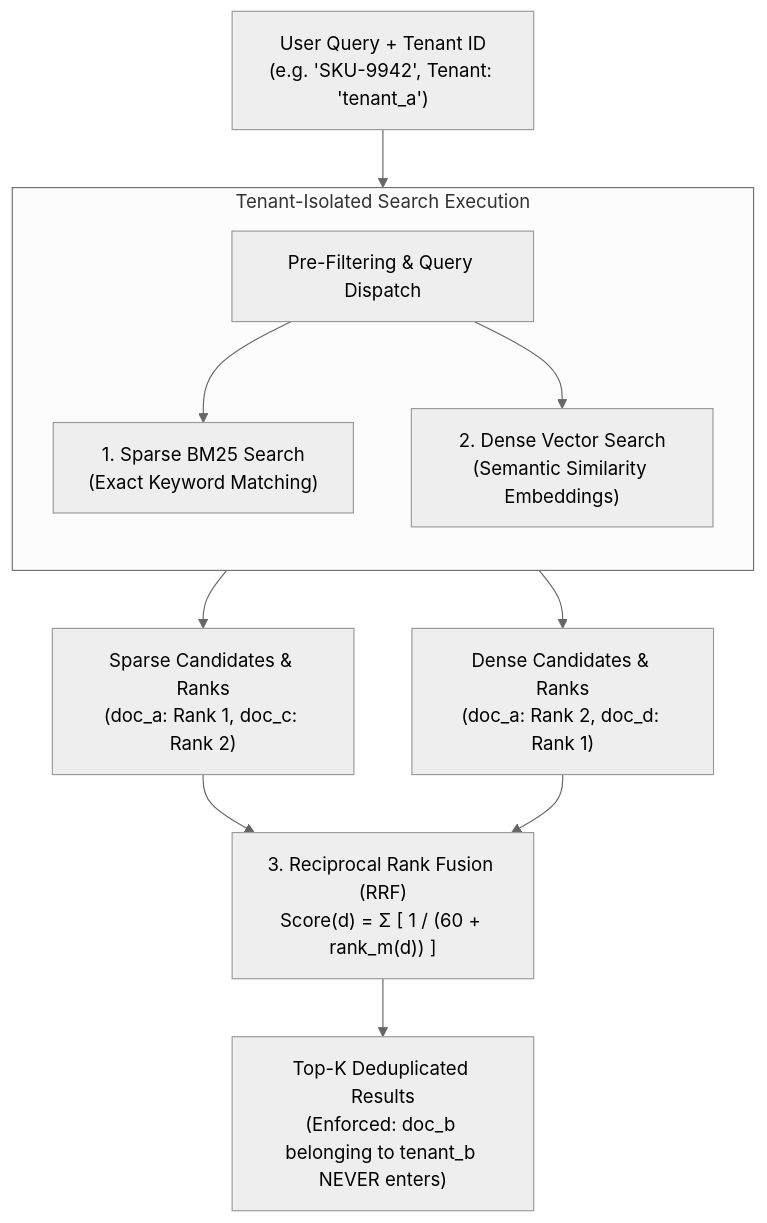
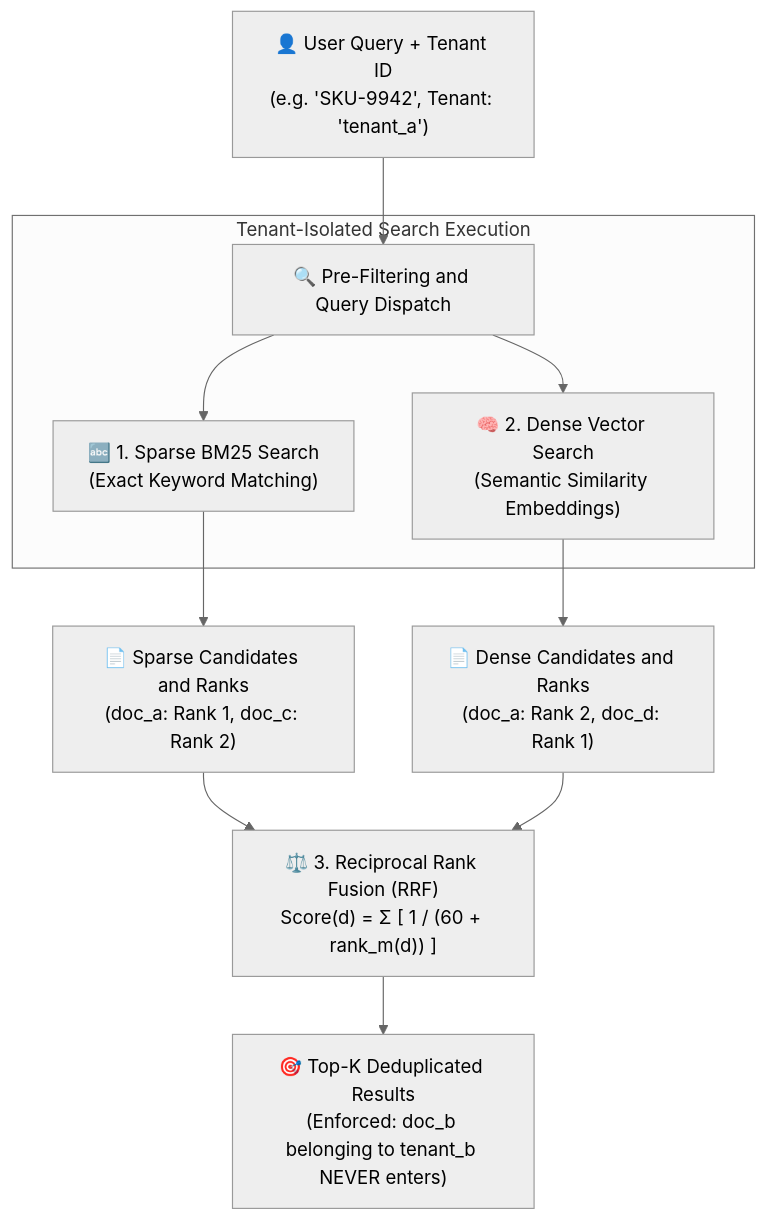
Before and after one commit to dip4k/senior-engineer-to-ai-engineer-roadmap: the diagram in labs/lab-01-multi-tenant-hybrid-rag.md, drawn with Mermaid (neutral theme). The commit also changed other lines of this file and 94 other files, not shown here.

Commit message:
refactor(curriculum): complete Phase 04 upgrade and enforce diagram renderer invariants

````diff
--- a/labs/lab-01-multi-tenant-hybrid-rag.md
+++ b/labs/lab-01-multi-tenant-hybrid-rag.md
@@ -17,18 +19,17 @@
 ```mermaid
 flowchart TD
-    UserQuery["User Query + Tenant ID<br>(e.g. 'SKU-9942', Tenant: 'tenant_a')"] --> Ingestion["Pre-Filtering & Query Dispatch"]
+    UserQuery["👤 User Query + Tenant ID<br>(e.g. 'SKU-9942', Tenant: 'tenant_a')"] --> Ingestion["🔍 Pre-Filtering and Query Dispatch"]
     
     subgraph IsolatedSearch["Tenant-Isolated Search Execution"]
-        direction TB
-        Ingestion --> SparseSearch["1. Sparse BM25 Search<br>(Exact Keyword Matching)"]
-        Ingestion --> DenseSearch["2. Dense Vector Search<br>(Semantic Similarity Embeddings)"]
+        Ingestion --> SparseSearch["🔤 1. Sparse BM25 Search<br>(Exact Keyword Matching)"]
+        Ingestion --> DenseSearch["🧠 2. Dense Vector Search<br>(Semantic Similarity Embeddings)"]
     end
     
-    SparseSearch --> SparseRanks["Sparse Candidates & Ranks<br>(doc_a: Rank 1, doc_c: Rank 2)"]
-    DenseSearch --> DenseRanks["Dense Candidates & Ranks<br>(doc_a: Rank 2, doc_d: Rank 1)"]
+    SparseSearch --> SparseRanks["📄 Sparse Candidates and Ranks<br>(doc_a: Rank 1, doc_c: Rank 2)"]
+    DenseSearch --> DenseRanks["📄 Dense Candidates and Ranks<br>(doc_a: Rank 2, doc_d: Rank 1)"]
     
-    SparseRanks --> RRF["3. Reciprocal Rank Fusion (RRF)<br>Score(d) = Σ [ 1 / (60 + rank_m(d)) ]"]
+    SparseRanks --> RRF["⚖️ 3. Reciprocal Rank Fusion (RRF)<br>Score(d) = Σ [ 1 / (60 + rank_m(d)) ]"]
     DenseRanks --> RRF
     
-    RRF --> TopResults["Top-K Deduplicated Results<br>(Enforced: doc_b belonging to tenant_b NEVER enters)"]
+    RRF --> TopResults["🎯 Top-K Deduplicated Results<br>(Enforced: doc_b belonging to tenant_b NEVER enters)"]
 ```
````
